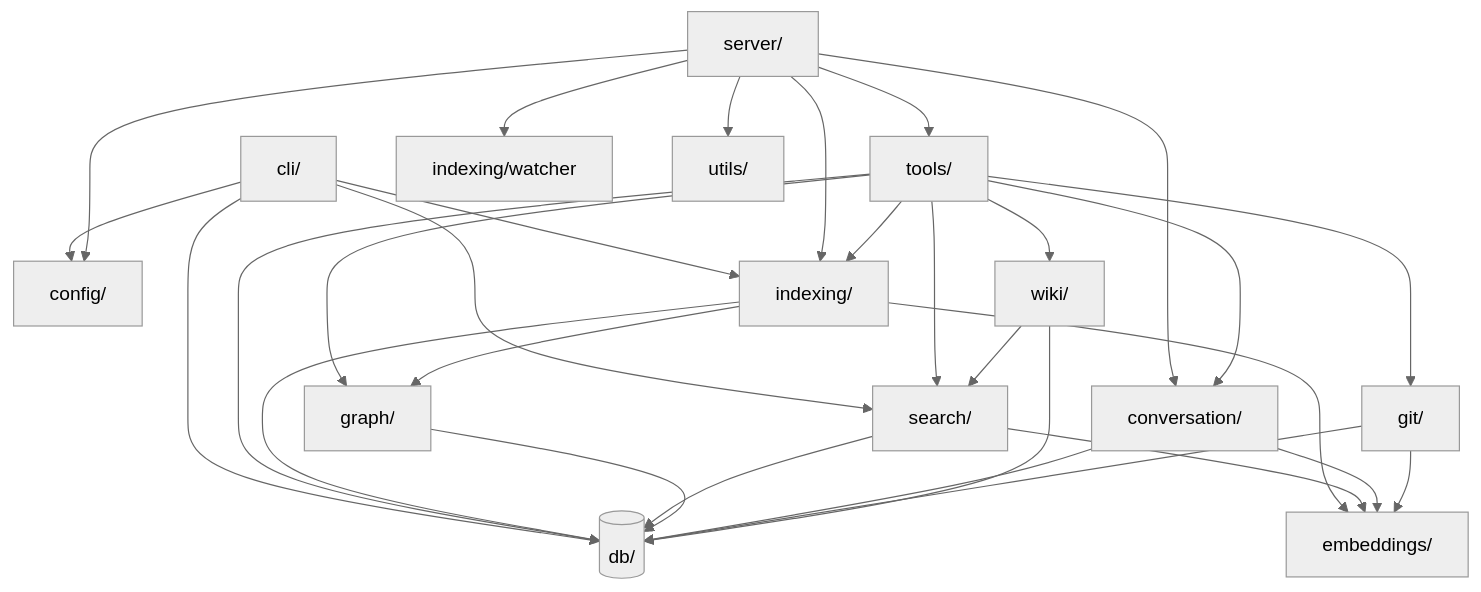
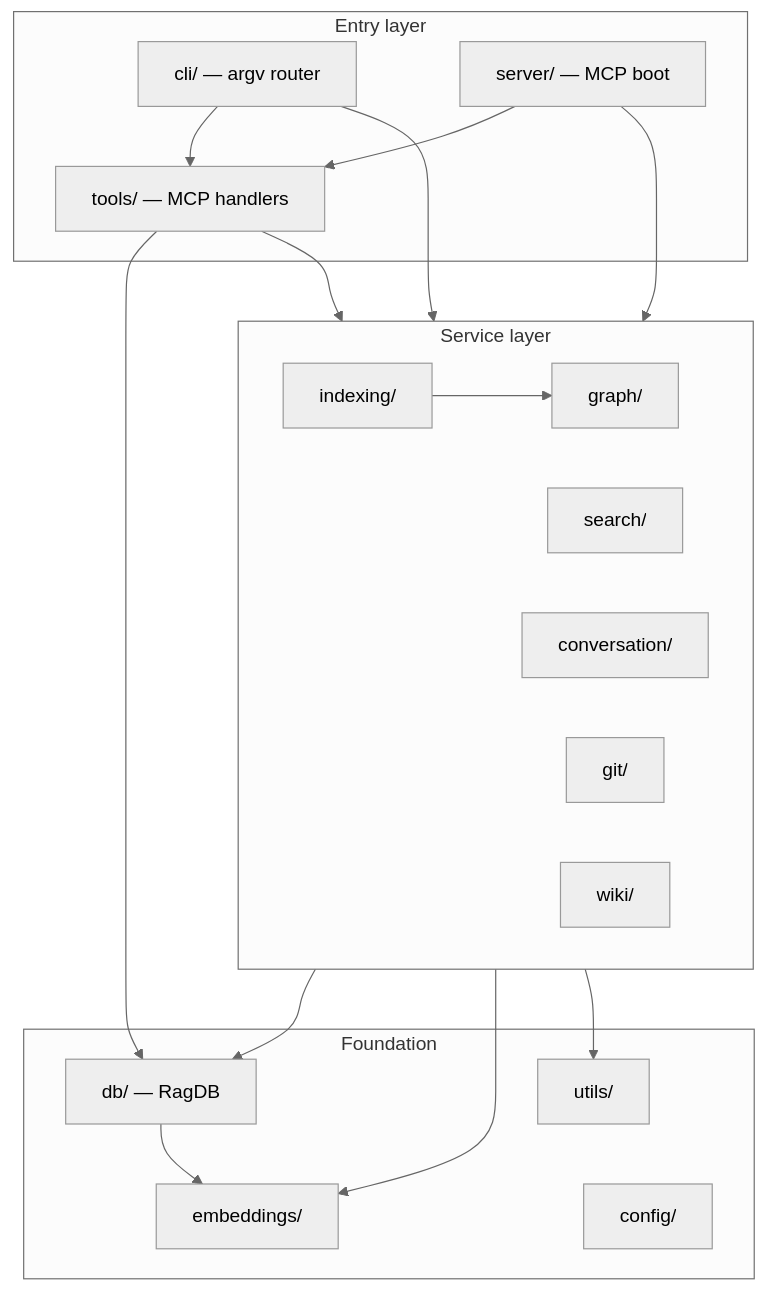
The diagram in wiki/module-map.md (TheWinci/mimirs), drawn with Mermaid (neutral theme) before and after one commit. The commit also changed other lines of this file and 52 other files, not shown here.

````diff
--- a/wiki/module-map.md
+++ b/wiki/module-map.md
@@ -7,32 +9,33 @@
 ```mermaid
-flowchart TB
-  CLI[cli/] --> Config[config/]
-  CLI --> Indexing[indexing/]
-  CLI --> Search[search/]
-  CLI --> DB[(db/)]
-  ServerDir[server/] --> Tools[tools/]
-  ServerDir --> Indexing
-  ServerDir --> Watcher[indexing/watcher]
-  ServerDir --> Conversation[conversation/]
-  ServerDir --> Config
-  ServerDir --> Utils[utils/]
-  Tools --> DB
-  Tools --> Search
-  Tools --> Indexing
-  Tools --> GraphMod[graph/]
-  Tools --> Conversation
-  Tools --> GitMod[git/]
-  Tools --> WikiMod[wiki/]
-  Indexing --> DB
-  Indexing --> Embeddings[embeddings/]
-  Indexing --> GraphMod
-  Search --> DB
-  Search --> Embeddings
-  GraphMod --> DB
-  Conversation --> DB
-  Conversation --> Embeddings
-  GitMod --> DB
-  GitMod --> Embeddings
-  WikiMod --> DB
-  WikiMod --> Search
+graph TD
+  subgraph entry[Entry layer]
+    cli[cli/ — argv router]
+    server[server/ — MCP boot]
+    tools[tools/ — MCP handlers]
+  end
+  subgraph services[Service layer]
+    indexing[indexing/]
+    search[search/]
+    graph_pkg[graph/]
+    conversation[conversation/]
+    git[git/]
+    wiki[wiki/]
+  end
+  subgraph foundation[Foundation]
+    db[db/ — RagDB]
+    embeddings[embeddings/]
+    config[config/]
+    utils[utils/]
+  end
+  cli --> tools
+  cli --> services
+  server --> tools
+  server --> services
+  tools --> services
+  tools --> db
+  services --> db
+  services --> embeddings
+  services --> utils
+  indexing --> graph_pkg
+  db --> embeddings
 ```
````
